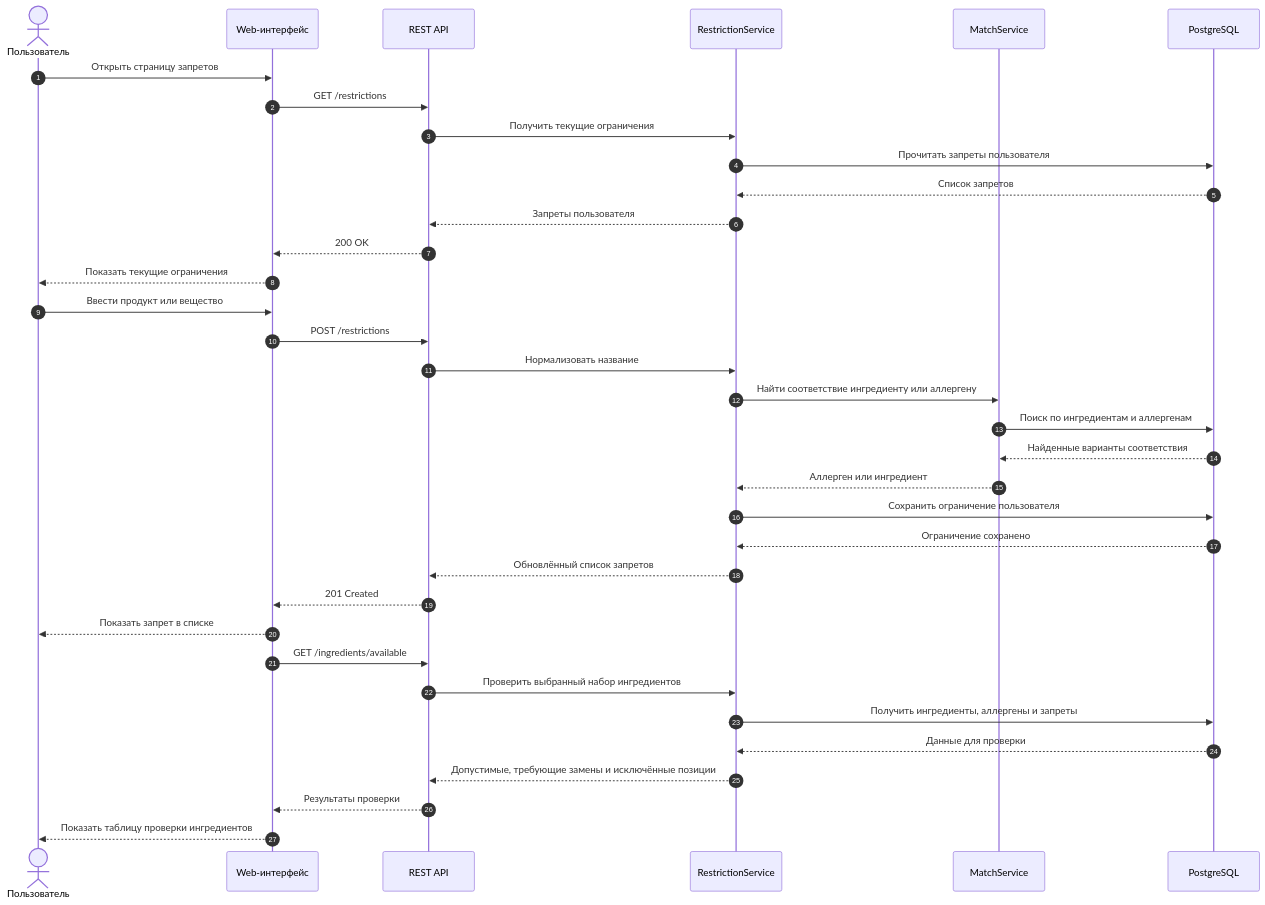
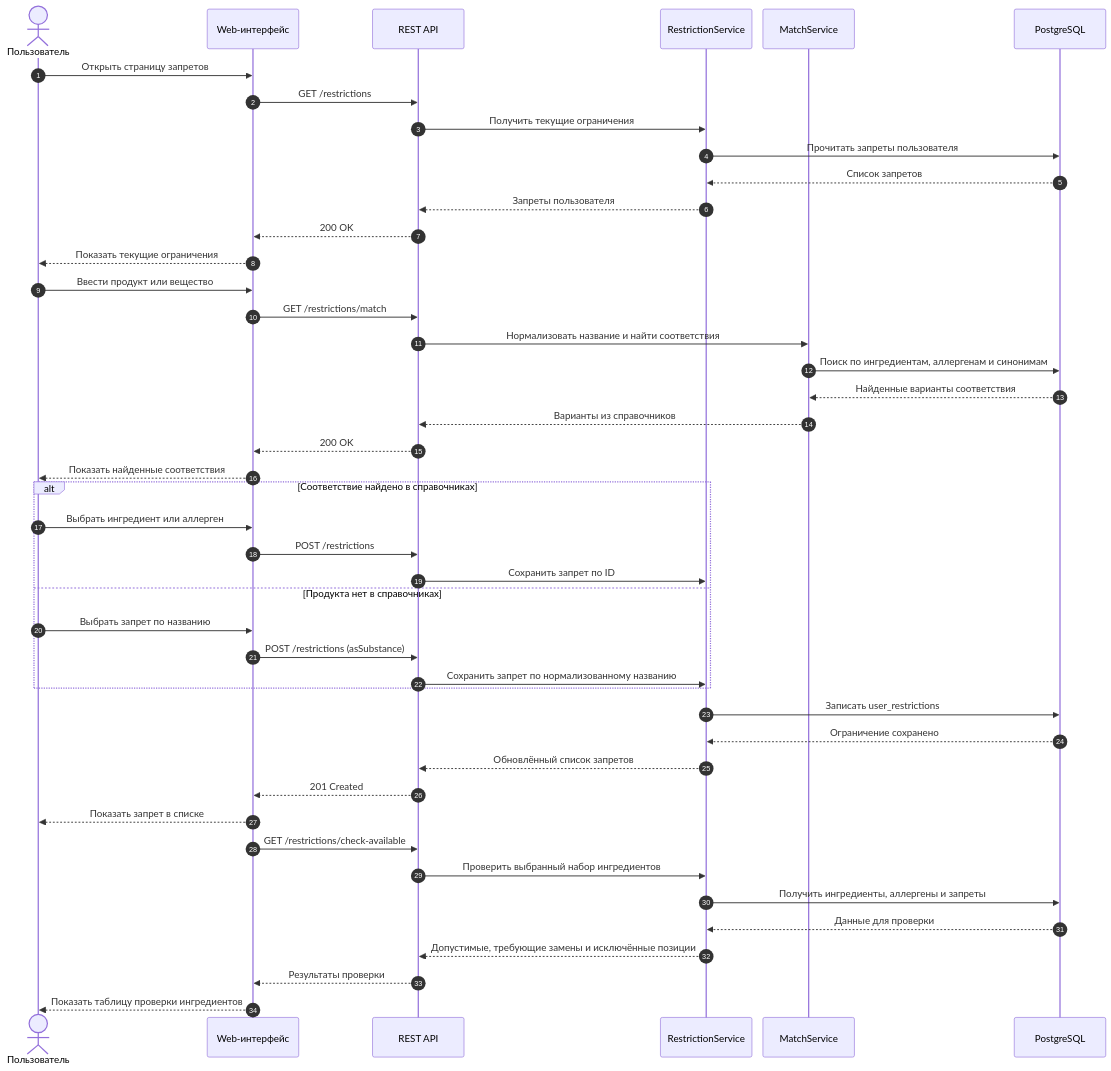
Before and after one commit to Skipl1/ASOIU: the diagram in Optimization-Methods/laba_2/diagrams/Posledovatelnost/03_Управление_запретами_и_аллергенами.mmd, drawn with Mermaid. The commit also changed 54 other files, not shown here.

```diff
--- a/Optimization-Methods/laba_2/diagrams/Posledovatelnost/03_Управление_запретами_и_аллергенами.mmd
+++ b/Optimization-Methods/laba_2/diagrams/Posledovatelnost/03_Управление_запретами_и_аллергенами.mmd
@@ -1,38 +1,50 @@
+%%{init: {"sequence": {"actorMargin": 18, "messageMargin": 22, "boxMargin": 6}}}%%
 sequenceDiagram
     autonumber
     actor U as Пользователь
     participant Web as Web-интерфейс
     participant API as REST API
     participant Restrict as RestrictionService
     participant Match as MatchService
     participant DB as PostgreSQL
 
     U->>Web: Открыть страницу запретов
     Web->>API: GET /restrictions
     API->>Restrict: Получить текущие ограничения
     Restrict->>DB: Прочитать запреты пользователя
     DB-->>Restrict: Список запретов
     Restrict-->>API: Запреты пользователя
     API-->>Web: 200 OK
     Web-->>U: Показать текущие ограничения
 
     U->>Web: Ввести продукт или вещество
-    Web->>API: POST /restrictions
-    API->>Restrict: Нормализовать название
-    Restrict->>Match: Найти соответствие ингредиенту или аллергену
-    Match->>DB: Поиск по ингредиентам и аллергенам
+    Web->>API: GET /restrictions/match
+    API->>Match: Нормализовать название и найти соответствия
+    Match->>DB: Поиск по ингредиентам, аллергенам и синонимам
     DB-->>Match: Найденные варианты соответствия
-    Match-->>Restrict: Аллерген или ингредиент
-    Restrict->>DB: Сохранить ограничение пользователя
+    Match-->>API: Варианты из справочников
+    API-->>Web: 200 OK
+    Web-->>U: Показать найденные соответствия
+
+    alt Соответствие найдено в справочниках
+        U->>Web: Выбрать ингредиент или аллерген
+        Web->>API: POST /restrictions
+        API->>Restrict: Сохранить запрет по ID
+    else Продукта нет в справочниках
+        U->>Web: Выбрать запрет по названию
+        Web->>API: POST /restrictions (asSubstance)
+        API->>Restrict: Сохранить запрет по нормализованному названию
+    end
+    Restrict->>DB: Записать user_restrictions
     DB-->>Restrict: Ограничение сохранено
     Restrict-->>API: Обновлённый список запретов
     API-->>Web: 201 Created
     Web-->>U: Показать запрет в списке
 
-    Web->>API: GET /ingredients/available
+    Web->>API: GET /restrictions/check-available
     API->>Restrict: Проверить выбранный набор ингредиентов
     Restrict->>DB: Получить ингредиенты, аллергены и запреты
     DB-->>Restrict: Данные для проверки
     Restrict-->>API: Допустимые, требующие замены и исключённые позиции
     API-->>Web: Результаты проверки
     Web-->>U: Показать таблицу проверки ингредиентов
```
